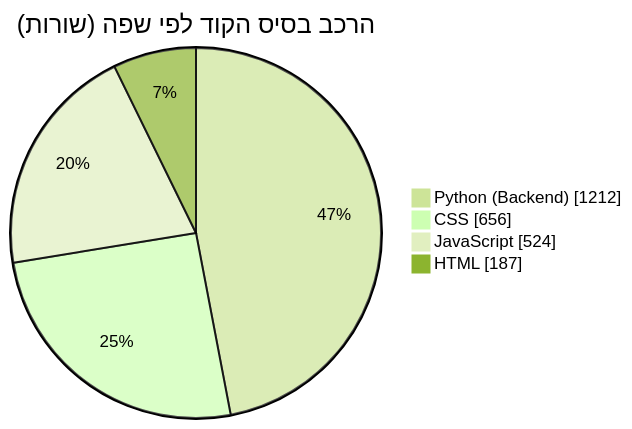
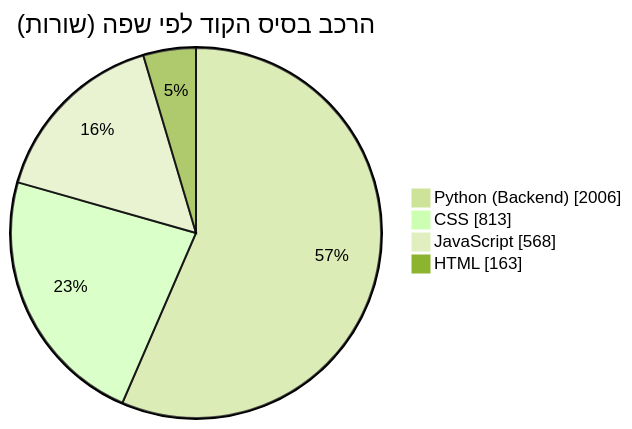
The second of 4 diagrams in README.md (aviayeli/avigilon-ptz-dashboard), drawn with Mermaid (forest theme) before and after one commit. The commit also changed other lines of this file, not shown here.

First line of the commit message:
Update README to match the overhauled architecture

````diff
--- a/README.md
+++ b/README.md
@@ -159,8 +162,8 @@
 ```mermaid
 pie showData
     title הרכב בסיס הקוד לפי שפה (שורות)
-    "Python (Backend)" : 1212
-    "CSS" : 656
-    "JavaScript" : 524
-    "HTML" : 187
+    "Python (Backend)" : 2006
+    "CSS" : 813
+    "JavaScript" : 568
+    "HTML" : 163
 ```
````
